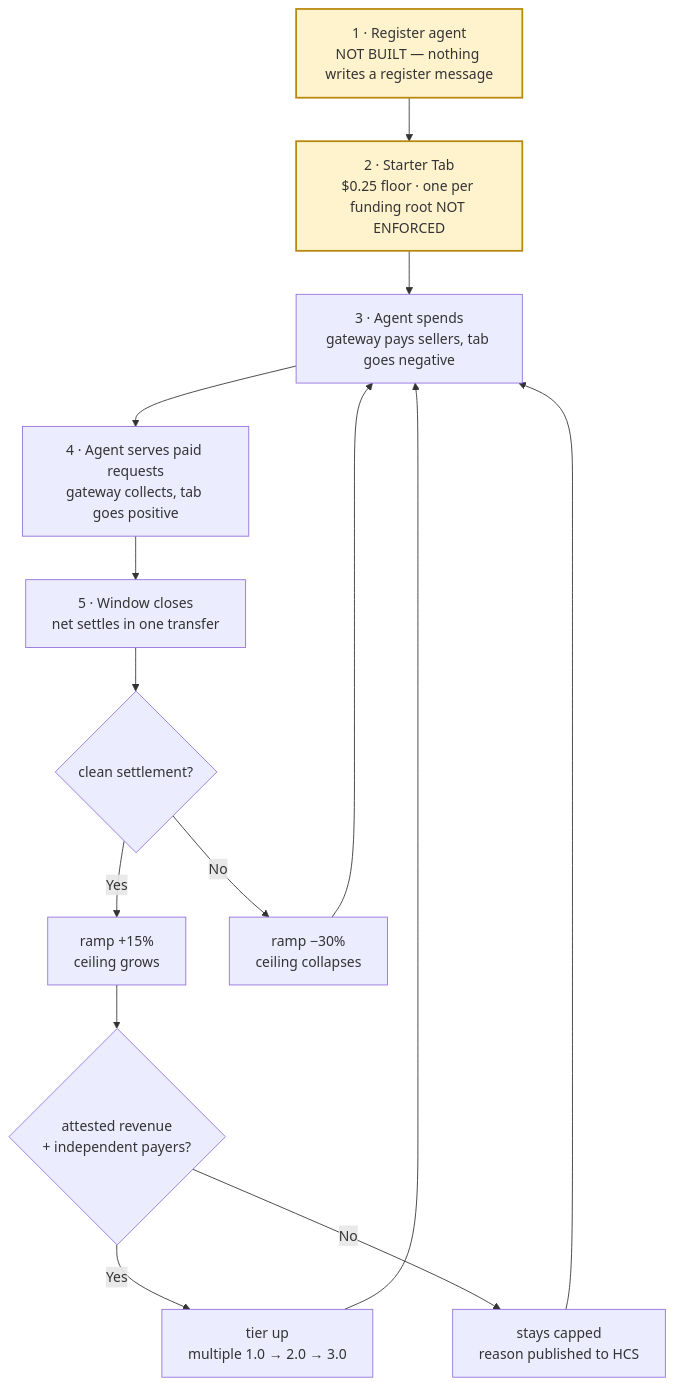
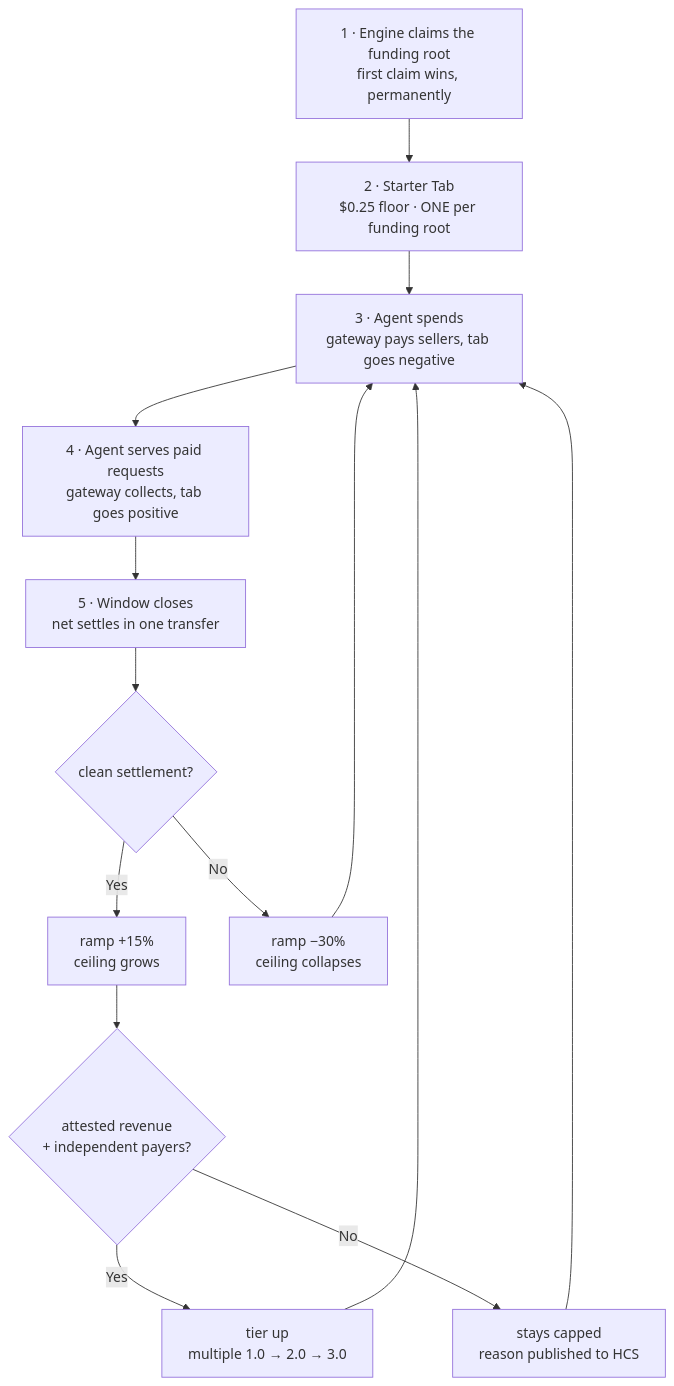
The ninth of 9 diagrams in README-TAB.md (TechnicallyKiller/Tab), drawn with Mermaid before and after one commit. The commit also changed other lines of this file and 10 other files, not shown here.

````diff
--- a/README-TAB.md
+++ b/README-TAB.md
@@ -400,17 +400,16 @@
 ```mermaid
 flowchart TD
-    S1["1 · Register agent<br/>NOT BUILT — nothing writes a register message"]:::open --> S2["2 · Starter Tab<br/>$0.25 floor · one per funding root NOT ENFORCED"]:::open
+    S1["1 · Engine claims the funding root<br/>first claim wins, permanently"] --> S2["2 · Starter Tab<br/>$0.25 floor · ONE per funding root"]
     S2 --> S3["3 · Agent spends<br/>gateway pays sellers, tab goes negative"]
     S3 --> S4["4 · Agent serves paid requests<br/>gateway collects, tab goes positive"]
     S4 --> S5["5 · Window closes<br/>net settles in one transfer"]
     S5 --> S6{"clean settlement?"}
     S6 -->|Yes| S7["ramp +15%<br/>ceiling grows"]
     S6 -->|No| S8["ramp −30%<br/>ceiling collapses"]
     S7 --> S9{"attested revenue<br/>+ independent payers?"}
     S9 -->|Yes| S10["tier up<br/>multiple 1.0 → 2.0 → 3.0"]
     S9 -->|No| S11["stays capped<br/>reason published to HCS"]
     S10 --> S3
     S11 --> S3
     S8 --> S3
-    classDef open fill:#fff3cd,stroke:#b8860b,stroke-width:2px;
 ```
````
